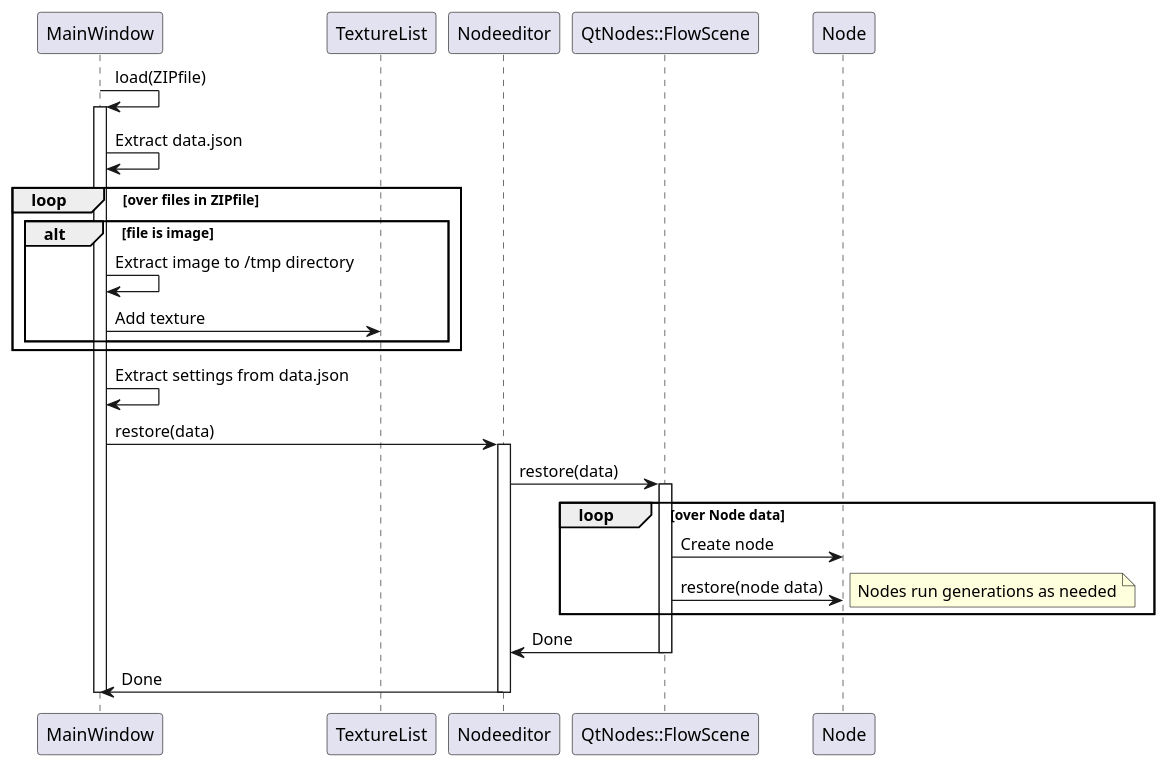
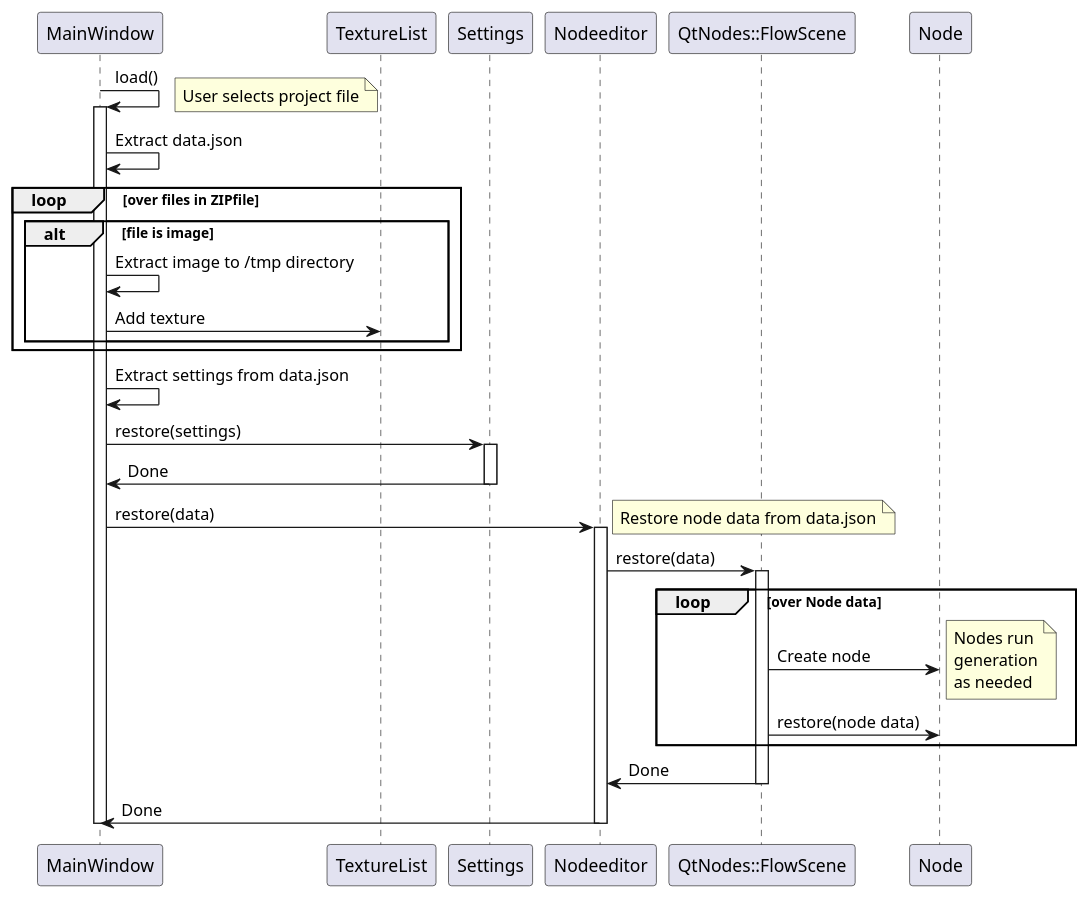
The diagram in docs/source_code/uml/Load_Sequence.puml (Drew-S/TerrainGenerator), drawn with PlantUML before and after one commit. The commit also changed 4 other files, not shown here.

Commit message:
Added more source code diagrams

```diff
--- a/docs/source_code/uml/Load_Sequence.puml
+++ b/docs/source_code/uml/Load_Sequence.puml
@@ -1,26 +1,32 @@
 @startuml
-MainWindow -> MainWindow : load(ZIPfile)
+MainWindow -> MainWindow : load()
 activate MainWindow
+note right: User selects project file
 MainWindow -> MainWindow : Extract data.json
 loop over files in ZIPfile
     alt file is image
         MainWindow -> MainWindow : Extract image to /tmp directory
         MainWindow -> TextureList : Add texture
     end
 end
 MainWindow -> MainWindow : Extract settings from data.json
+MainWindow -> Settings : restore(settings)
+activate Settings
+Settings -> MainWindow : Done
+deactivate Settings
 MainWindow -> Nodeeditor : restore(data)
+note right: Restore node data from data.json 
 activate Nodeeditor
 Nodeeditor -> "QtNodes::FlowScene" : restore(data)
 activate "QtNodes::FlowScene"
 loop over Node data
     "QtNodes::FlowScene" -> Node : Create node
+    note right: Nodes run\ngeneration\nas needed
     "QtNodes::FlowScene" -> Node : restore(node data)
-    note right: Nodes run generations as needed
 end
 "QtNodes::FlowScene" -> Nodeeditor : Done
 deactivate "QtNodes::FlowScene"
 Nodeeditor -> MainWindow : Done
 deactivate Nodeeditor
 deactivate MainWindow
 @enduml
```
